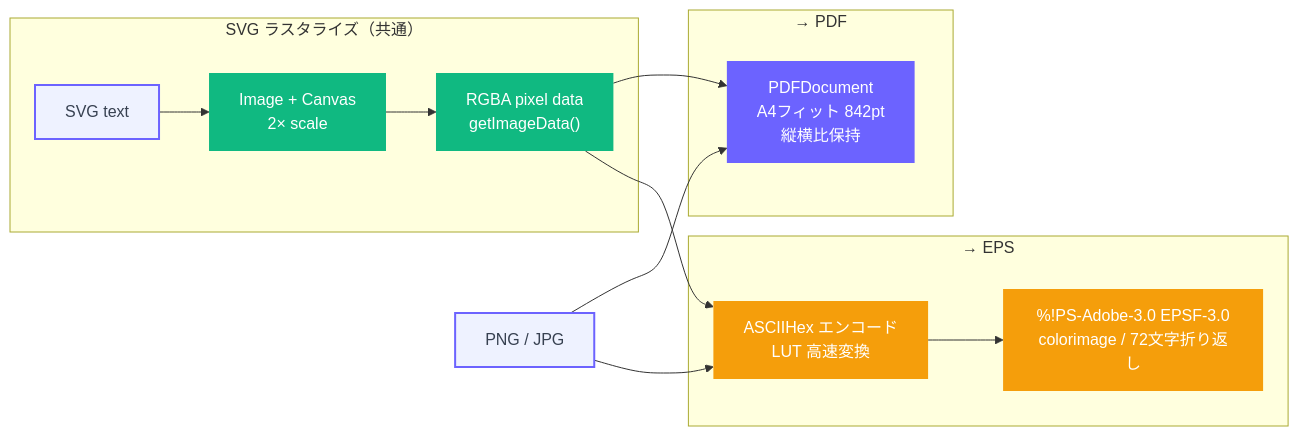
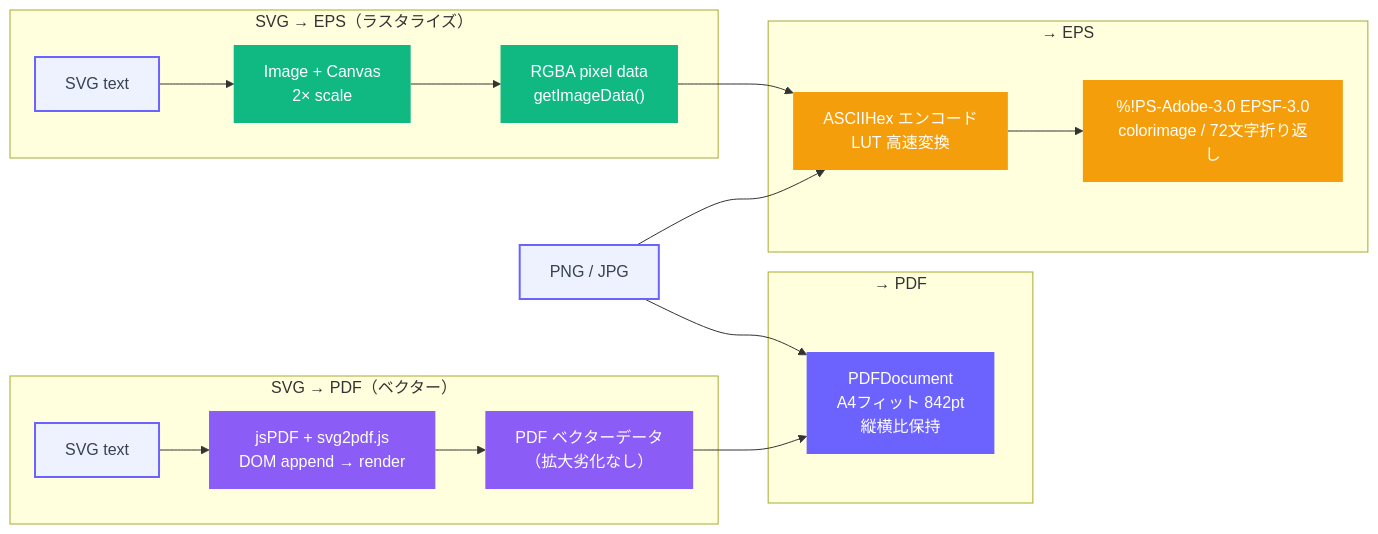
Before and after one commit to Axe0320/latex-figure-composer: the second of 2 diagrams in README.md, drawn with Mermaid. The commit also changed other lines of this file and 4 other files, not shown here.

First line of the commit message:
feat: SVG → native vector PDF via jsPDF + svg2pdf.js

````diff
--- a/README.md
+++ b/README.md
@@ -141,30 +143,38 @@
 ```mermaid
 flowchart LR
     classDef raster fill:#10B981,color:#fff,stroke:none
+    classDef vector fill:#8B5CF6,color:#fff,stroke:none
     classDef embed  fill:#6C63FF,color:#fff,stroke:none
     classDef encode fill:#F59E0B,color:#fff,stroke:none
     classDef io     fill:#EEF2FF,color:#374151,stroke:#6C63FF,stroke-width:2px
 
-    subgraph RASTER["SVG ラスタライズ（共通）"]
+    subgraph VECTOR["SVG → PDF（ベクター）"]
+        V1[SVG text]:::io
+        V2["jsPDF + svg2pdf.js\nDOM append → render"]:::vector
+        V3["PDF ベクターデータ\n（拡大劣化なし）"]:::vector
+        V1 --> V2 --> V3
+    end
+
+    subgraph RASTER["SVG → EPS（ラスタライズ）"]
         S1[SVG text]:::io
         S2["Image + Canvas\n2× scale"]:::raster
         S3["RGBA pixel data\ngetImageData()"]:::raster
         S1 --> S2 --> S3
     end
 
     subgraph PDF_OUT["→ PDF"]
         P1["PDFDocument\nA4フィット 842pt\n縦横比保持"]:::embed
     end
 
     subgraph EPS_OUT["→ EPS"]
         E1["ASCIIHex エンコード\nLUT 高速変換"]:::encode
         E2["%!PS-Adobe-3.0 EPSF-3.0\ncolorimage / 72文字折り返し"]:::encode
         E1 --> E2
     end
 
     R1[PNG / JPG]:::io
     R1 --> P1
     R1 --> E1
-    S3 --> P1
+    V3 --> P1
     S3 --> E1
 ```
````
